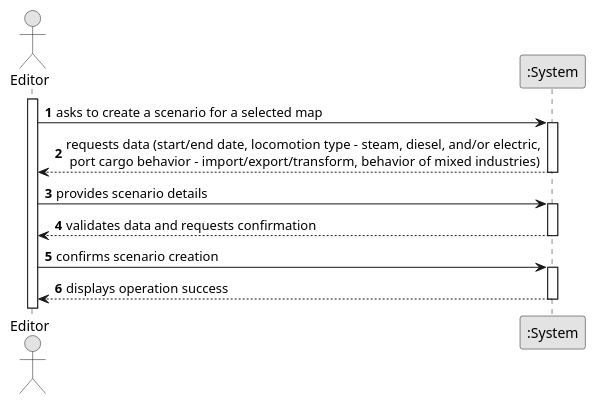
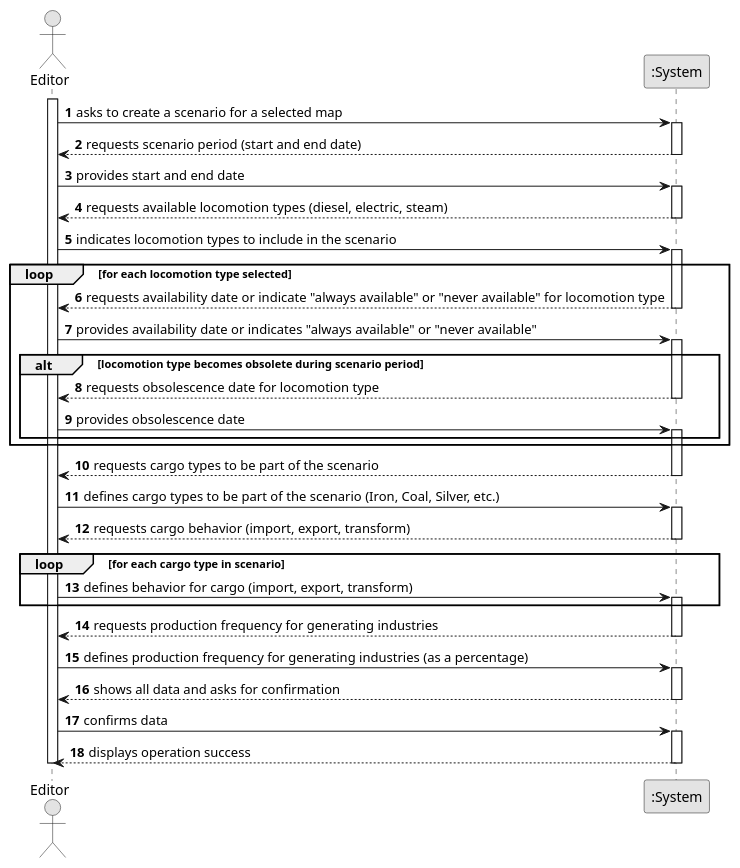
Before and after one commit to 1240826/empire-on-tracks: the diagram in docs/system-documentation/US004/01.requirements-engineering/puml/US004-SSD.puml, drawn with PlantUML. The commit also changed 7 other files, not shown here.

```diff
--- a/docs/system-documentation/US004/01.requirements-engineering/puml/US004-SSD.puml
+++ b/docs/system-documentation/US004/01.requirements-engineering/puml/US004-SSD.puml
@@ -1,31 +1,70 @@
 @startuml
 skinparam monochrome true
 skinparam packageStyle rectangle
 skinparam shadowing false
 
 autonumber
 
 actor "Editor" as Editor
 participant ":System" as System
 
 activate Editor
 
-    Editor -> System : asks to create a scenario for a selected map
+
+Editor -> System : asks to create a scenario for a selected map
+activate System
+System --> Editor : requests scenario period (start and end date)
+deactivate System
+
+
+Editor -> System : provides start and end date
+activate System
+System --> Editor : requests available locomotion types (diesel, electric, steam)
+deactivate System
+Editor -> System : indicates locomotion types to include in the scenario
+activate System
+
+loop for each locomotion type selected
+    System --> Editor : requests availability date or indicate "always available" or "never available" for locomotion type
+    deactivate System
+    Editor -> System : provides availability date or indicates "always available" or "never available"
     activate System
 
-        System --> Editor : requests data (start/end date, locomotion type - steam, diesel, and/or electric,\n port cargo behavior - import/export/transform, behavior of mixed industries)
+    alt locomotion type becomes obsolete during scenario period
+        System --> Editor : requests obsolescence date for locomotion type
+        deactivate System
+        Editor -> System : provides obsolescence date
+        activate System
+    end
+end loop
+        System --> Editor : requests cargo types to be part of the scenario
+        deactivate System
+
+
+Editor -> System : defines cargo types to be part of the scenario (Iron, Coal, Silver, etc.)
+activate System
+System --> Editor : requests cargo behavior (import, export, transform)
+deactivate System
+
+loop for each cargo type in scenario
+    Editor -> System : defines behavior for cargo (import, export, transform)
+    activate System
+end loop
+    System --> Editor : requests production frequency for generating industries
     deactivate System
 
-    Editor -> System : provides scenario details
-    activate System
 
-        System --> Editor : validates data and requests confirmation
-    deactivate System
 
-    Editor -> System : confirms scenario creation
-    activate System
+Editor -> System : defines production frequency for generating industries (as a percentage)
+activate System
+System --> Editor : shows all data and asks for confirmation
+deactivate System
 
-        System --> Editor : displays operation success
-    deactivate System
+' Editor confirma dados
+Editor -> System : confirms data
+activate System
+System --> Editor : displays operation success
+deactivate System
+deactivate Editor
 
 @enduml
```
